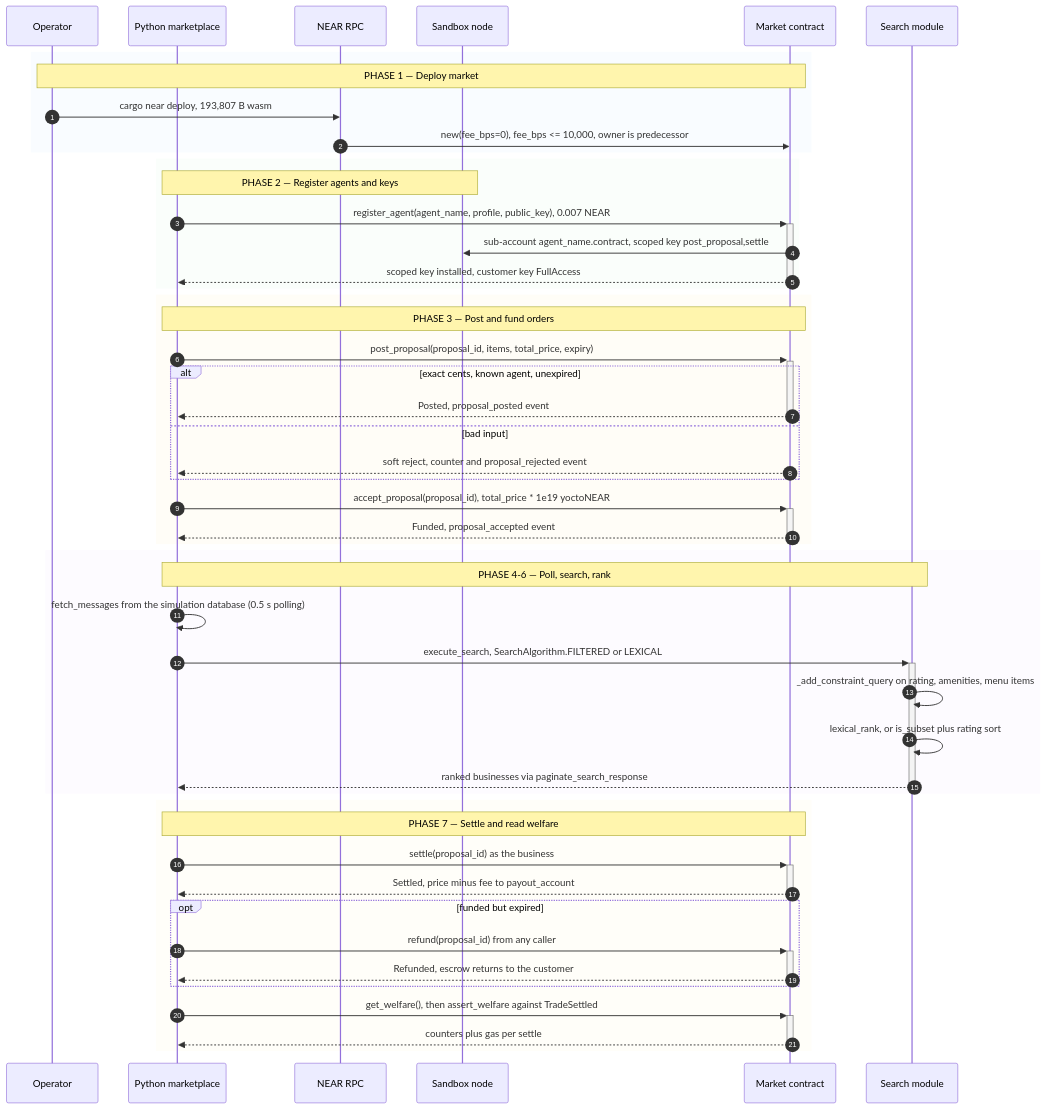
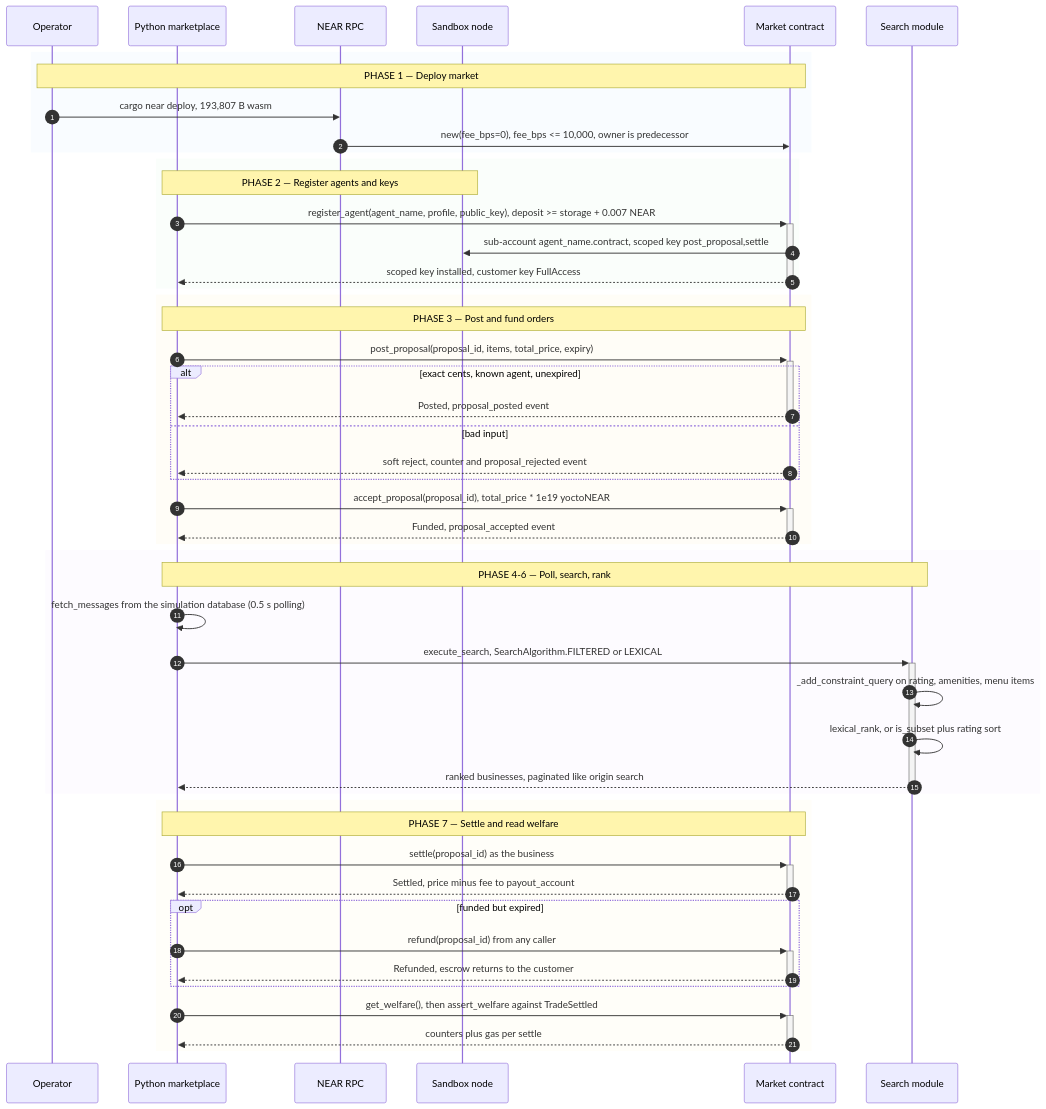
One commit to p3dr0-coder/two-sided-agent-market changed the diagram in README.md. Above: the diagram before and after it, drawn with Mermaid. The commit also changed other lines of this file and 2 other files, not shown here.

````diff
--- a/README.md
+++ b/README.md
@@ -5,53 +5,53 @@
 ```mermaid
 sequenceDiagram
     accTitle: ekklesia runtime flow
     accDescr: Operator deploys the market, registers agents, runs scripted orders, then settles and reads welfare.
     autonumber
     participant U as Operator
     participant P as Python marketplace
     participant R as NEAR RPC
     participant B as Sandbox node
     participant M as Market contract
     participant S as Search module
     rect rgba(226,238,255,0.20)
     Note over U,M: PHASE 1 — Deploy market
     U->>R: cargo near deploy, 193,807 B wasm
     R->>M: new(fee_bps=0), fee_bps <= 10,000, owner is predecessor
     end
     rect rgba(230,247,235,0.20)
     Note over P,B: PHASE 2 — Register agents and keys
-    P->>+M: register_agent(agent_name, profile, public_key), 0.007 NEAR
+    P->>+M: register_agent(agent_name, profile, public_key), deposit >= storage + 0.007 NEAR
     M->>B: sub-account agent_name.contract, scoped key post_proposal,settle
     M-->>-P: scoped key installed, customer key FullAccess
     end
     rect rgba(255,244,214,0.20)
     Note over P,M: PHASE 3 — Post and fund orders
     P->>+M: post_proposal(proposal_id, items, total_price, expiry)
     alt exact cents, known agent, unexpired
     M-->>-P: Posted, proposal_posted event
     else bad input
     M-->>P: soft reject, counter and proposal_rejected event
     end
     P->>+M: accept_proposal(proposal_id), total_price * 1e19 yoctoNEAR
     M-->>-P: Funded, proposal_accepted event
     end
     rect rgba(243,232,255,0.20)
     Note over P,S: PHASE 4-6 — Poll, search, rank
     P->>P: fetch_messages from the simulation database (0.5 s polling)
     P->>+S: execute_search, SearchAlgorithm.FILTERED or LEXICAL
     S->>S: _add_constraint_query on rating, amenities, menu items
     S->>S: lexical_rank, or is_subset plus rating sort
-    S-->>-P: ranked businesses via paginate_search_response
+    S-->>-P: ranked businesses, paginated like origin search
     end
     rect rgba(255,248,225,0.20)
     Note over P,M: PHASE 7 — Settle and read welfare
     P->>+M: settle(proposal_id) as the business
     M-->>-P: Settled, price minus fee to payout_account
     opt funded but expired
     P->>+M: refund(proposal_id) from any caller
     M-->>-P: Refunded, escrow returns to the customer
     end
     P->>+M: get_welfare(), then assert_welfare against TradeSettled
     M-->>-P: counters plus gas per settle
     end
 ```
````
